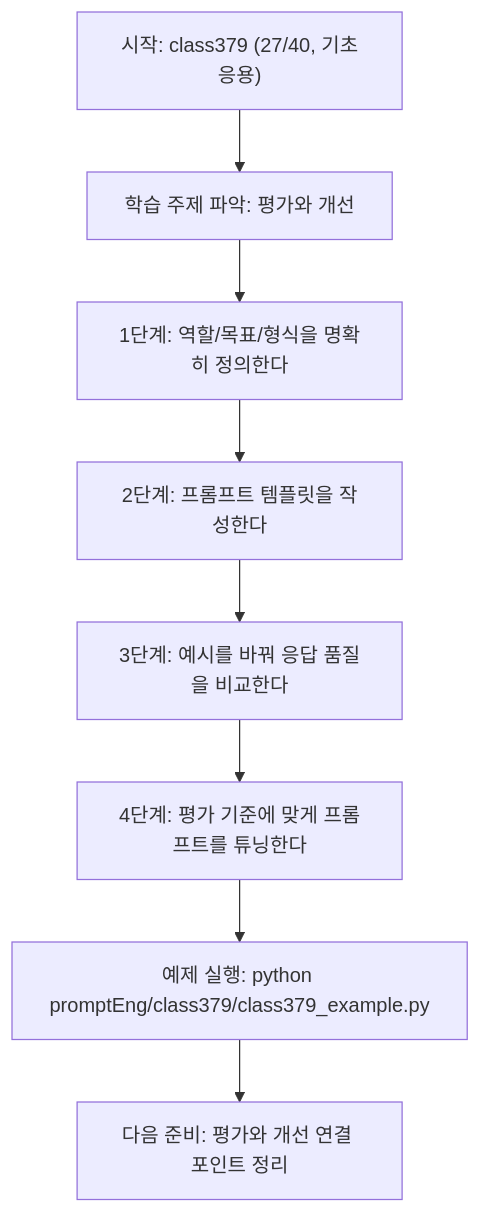
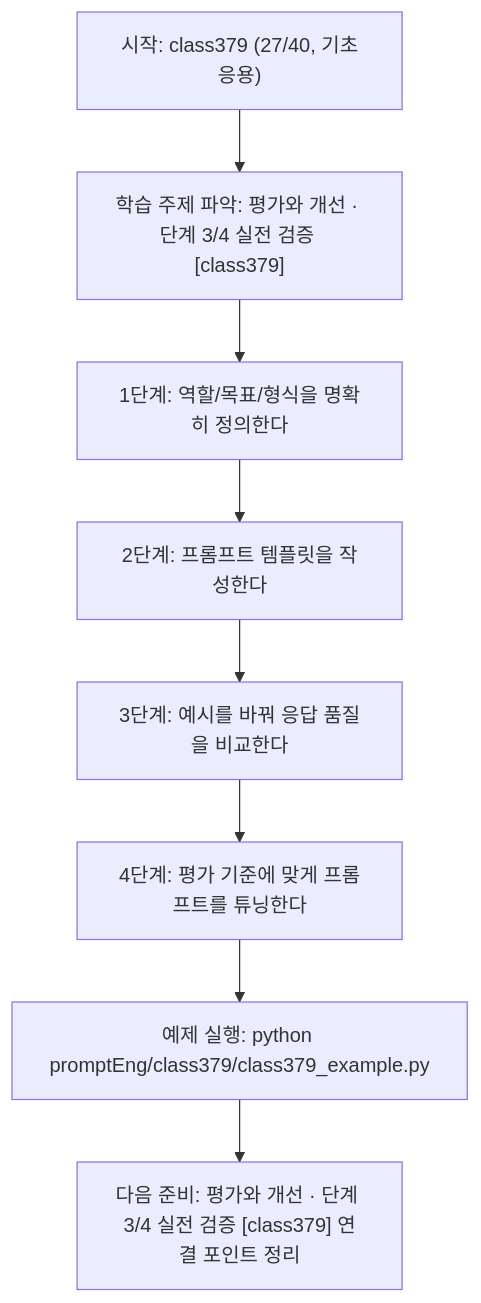
Before and after one commit to edumgt/Python-AI_Agent-Class: the diagram in promptEng/class379/class379.md, drawn with Mermaid. The commit also changed other lines of this file and 522 other files, not shown here.

````diff
--- a/promptEng/class379/class379.md
+++ b/promptEng/class379/class379.md
@@ -108,18 +109,18 @@
 ```mermaid
 flowchart TD
 N1["시작: class379 (27/40, 기초응용)"]
-N2["학습 주제 파악: 평가와 개선"]
+N2["학습 주제 파악: 평가와 개선 · 단계 3/4 실전 검증 [class379]"]
 N3["1단계: 역할/목표/형식을 명확히 정의한다"]
 N4["2단계: 프롬프트 템플릿을 작성한다"]
 N5["3단계: 예시를 바꿔 응답 품질을 비교한다"]
 N6["4단계: 평가 기준에 맞게 프롬프트를 튜닝한다"]
 N7["예제 실행: python promptEng/class379/class379_example.py"]
-N8["다음 준비: 평가와 개선 연결 포인트 정리"]
+N8["다음 준비: 평가와 개선 · 단계 3/4 실전 검증 [class379] 연결 포인트 정리"]
 N1 --> N2
 N2 --> N3
 N3 --> N4
 N4 --> N5
 N5 --> N6
 N6 --> N7
 N7 --> N8
 ```
````
